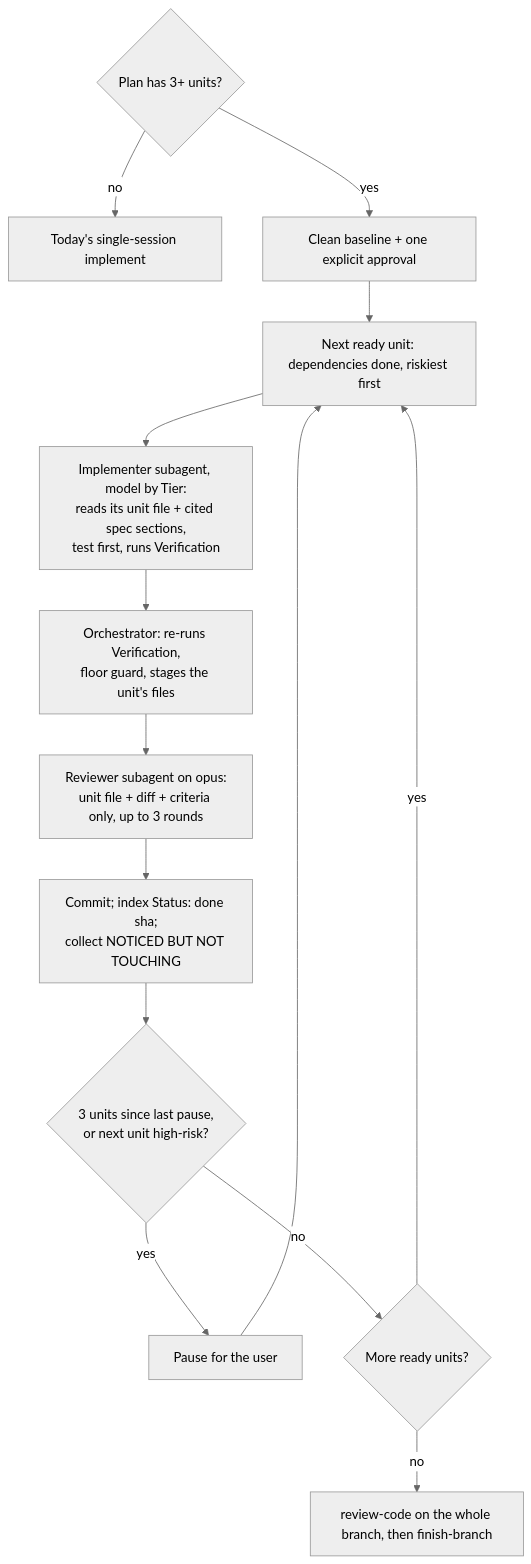
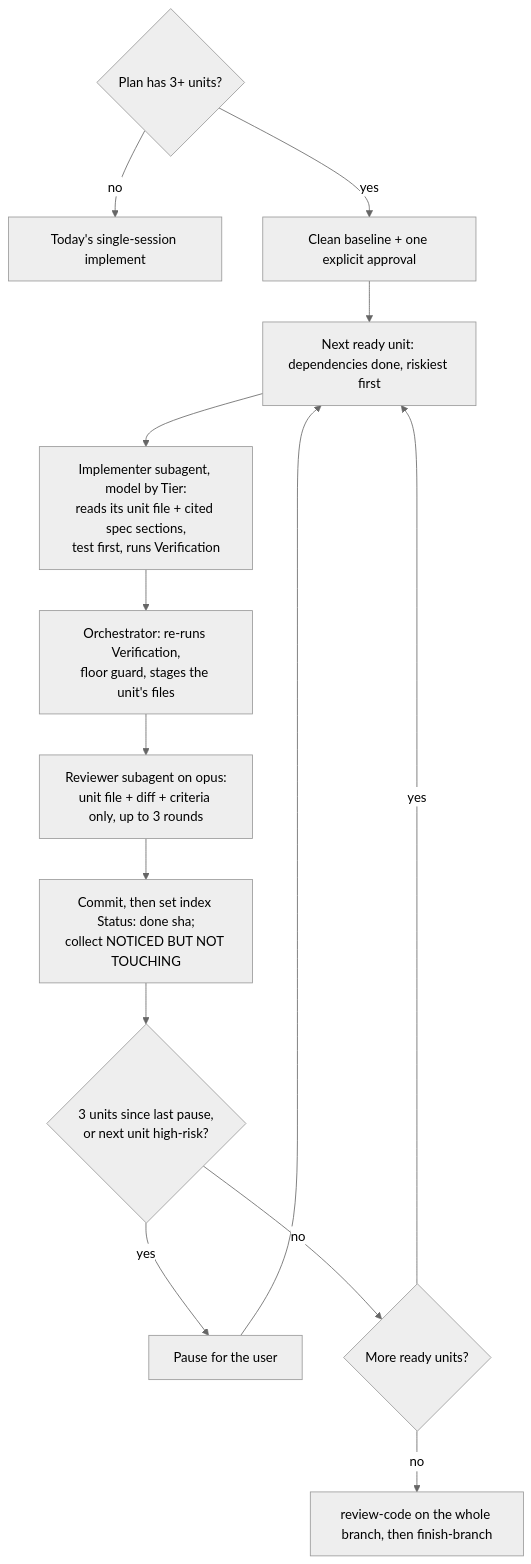
The diagram in docs/specs/2026-10-19-sequential-dispatch.md (girijesh-ai/spec-driven-engineering), drawn with Mermaid (neutral theme) before and after one commit. The commit also changed other lines of this file, not shown here.

````diff
--- a/docs/specs/2026-10-19-sequential-dispatch.md
+++ b/docs/specs/2026-10-19-sequential-dispatch.md
@@ -119,15 +119,15 @@
 ```mermaid
 flowchart TD
   A{Plan has 3+ units?} -- no --> S[Today's single-session implement]
   A -- yes --> B[Clean baseline + one explicit approval]
   B --> C[Next ready unit: dependencies done, riskiest first]
   C --> D[Implementer subagent, model by Tier:<br/>reads its unit file + cited spec sections,<br/>test first, runs Verification]
   D --> E[Orchestrator: re-runs Verification,<br/>floor guard, stages the unit's files]
   E --> F[Reviewer subagent on opus:<br/>unit file + diff + criteria only, up to 3 rounds]
-  F --> G[Commit; index Status: done sha;<br/>collect NOTICED BUT NOT TOUCHING]
+  F --> G[Commit, then set index Status: done sha;<br/>collect NOTICED BUT NOT TOUCHING]
   G --> H{3 units since last pause,<br/>or next unit high-risk?}
   H -- yes --> P[Pause for the user] --> C
   H -- no --> I{More ready units?}
   I -- yes --> C
   I -- no --> R[review-code on the whole branch, then finish-branch]
 ```
````
